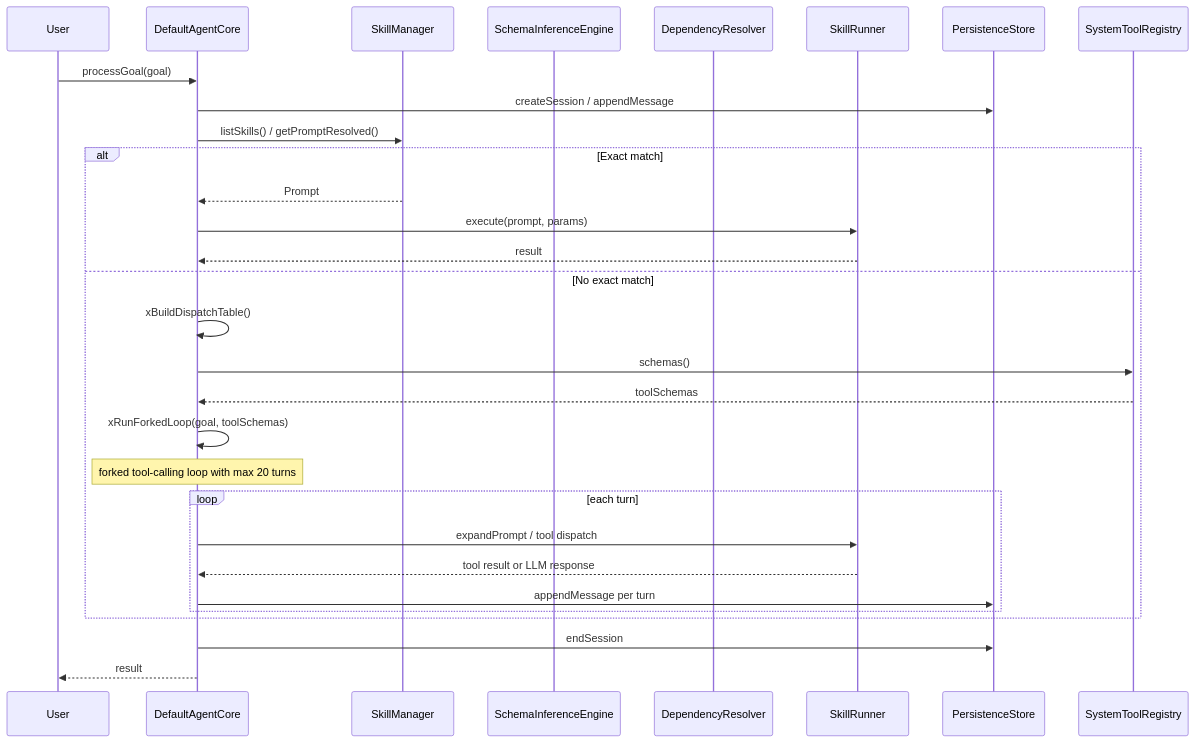
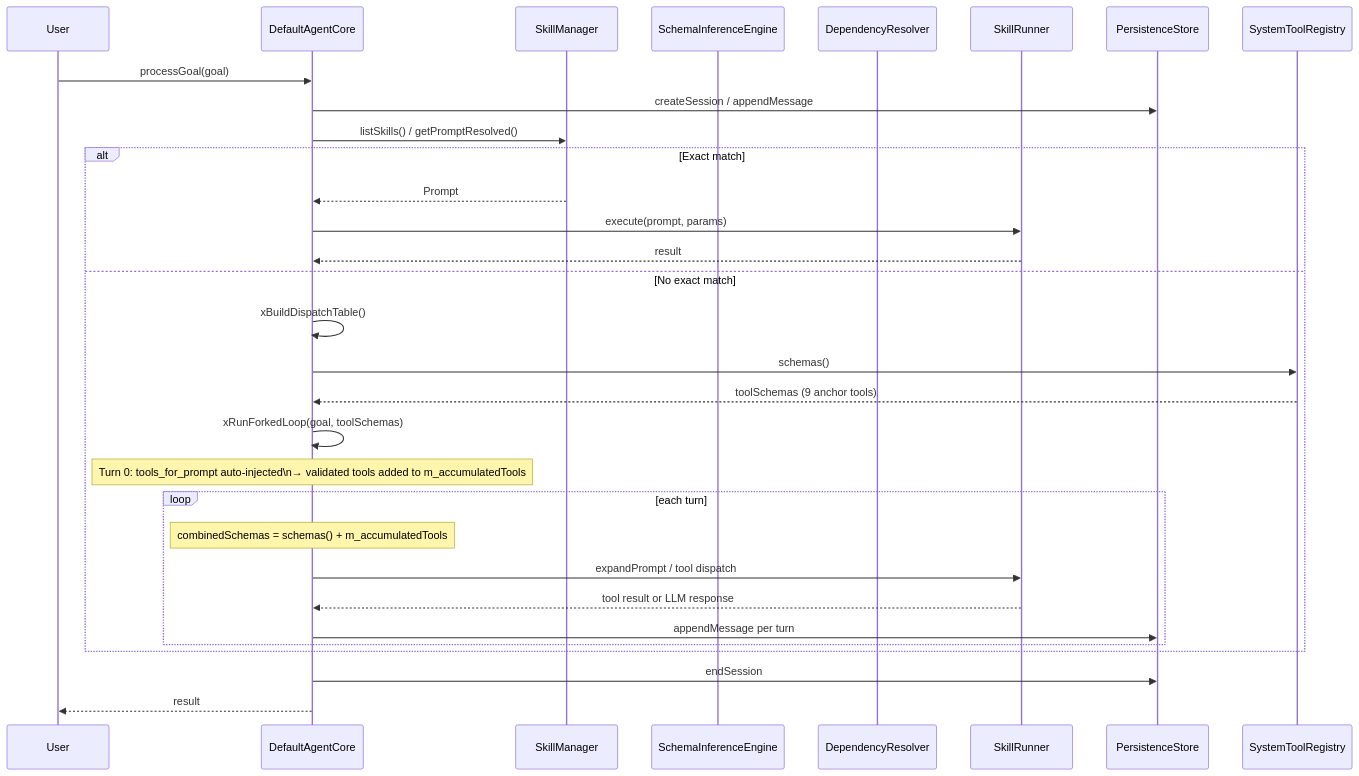
The second of 2 diagrams in src/agent_core.spec.md (opensassi/a0), drawn with Mermaid before and after one commit. The commit also changed other lines of this file and 10 other files, not shown here.

````diff
--- a/src/agent_core.spec.md
+++ b/src/agent_core.spec.md
@@ -106,33 +107,34 @@
 ```mermaid
 sequenceDiagram
     participant U as User
     participant AC as DefaultAgentCore
     participant SM as SkillManager
     participant SIE as SchemaInferenceEngine
     participant DR as DependencyResolver
     participant SR as SkillRunner
     participant PS as PersistenceStore
     participant ST as SystemToolRegistry
 
     U->>AC: processGoal(goal)
     AC->>PS: createSession / appendMessage
     AC->>SM: listSkills() / getPromptResolved()
     alt Exact match
         SM-->>AC: Prompt
         AC->>SR: execute(prompt, params)
         SR-->>AC: result
     else No exact match
         AC->>AC: xBuildDispatchTable()
         AC->>ST: schemas()
-        ST-->>AC: toolSchemas
+        ST-->>AC: toolSchemas (9 anchor tools)
         AC->>AC: xRunForkedLoop(goal, toolSchemas)
-        Note over AC: forked tool-calling loop with max 20 turns
+        Note over AC: Turn 0: tools_for_prompt auto-injected\n→ validated tools added to m_accumulatedTools
         loop each turn
+            Note over AC: combinedSchemas = schemas() + m_accumulatedTools
             AC->>SR: expandPrompt / tool dispatch
             SR-->>AC: tool result or LLM response
             AC->>PS: appendMessage per turn
         end
     end
     AC->>PS: endSession
     AC-->>U: result
 ```
````
